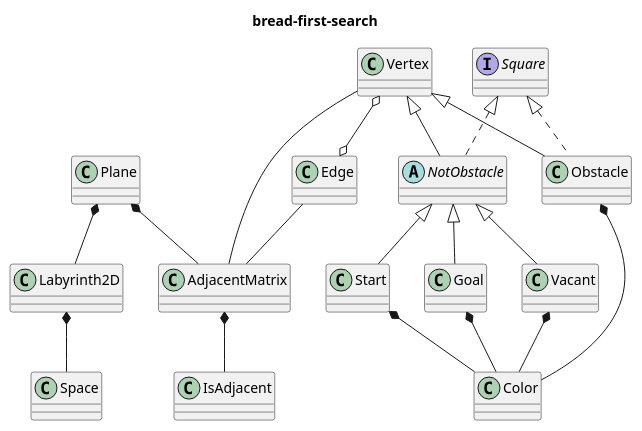
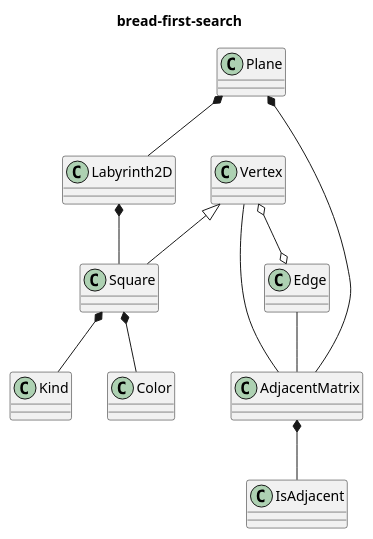
One commit to ns2pole/mathpro changed the diagram in class.pu. Above: the diagram before and after it, drawn with PlantUML. The commit also changed 8 other files, not shown here.

```diff
--- a/class.pu
+++ b/class.pu
@@ -1,64 +1,41 @@
 @startuml{test.png}
 title bread-first-search
 
-    class Space {
+    class Kind {
     }
     
     class IsAdjacent {
     }
 
     class Color {
     }
 
-    class Start {
-    }
-
-    class Goal {
-    }
-
-    class Vacant {
-    }
-
-    abstract class NotObstacle {
-    }
-
-    class Obstacle {
-    }
 
     class Vertex {
     }
 
     class Edge {
     }
 
-    interface Square {
+    class Square {
     }
 
     class Plane {
     }
 
     class Labyrinth2D {
     }
 
     class AdjacentMatrix
-
-    NotObstacle <|-- Start
-    NotObstacle <|-- Goal
-    NotObstacle <|-- Vacant
-    Square <|.. NotObstacle
-    Square <|.. Obstacle
-    Vertex <|-- NotObstacle
-    Vertex <|-- Obstacle
+    Vertex <|-- Square
+    Square *-- Kind
+    Square *-- Color
     Plane *-- Labyrinth2D
     Plane *-- AdjacentMatrix
-    Obstacle *-- Color
-    Vacant *-- Color
-    Start *-- Color
-    Goal *-- Color
     Vertex o--o Edge
     Vertex -- AdjacentMatrix
     Edge -- AdjacentMatrix
     AdjacentMatrix *-- IsAdjacent
-    Labyrinth2D *-- Space
+    Labyrinth2D *-- Square
     
 @enduml
```
